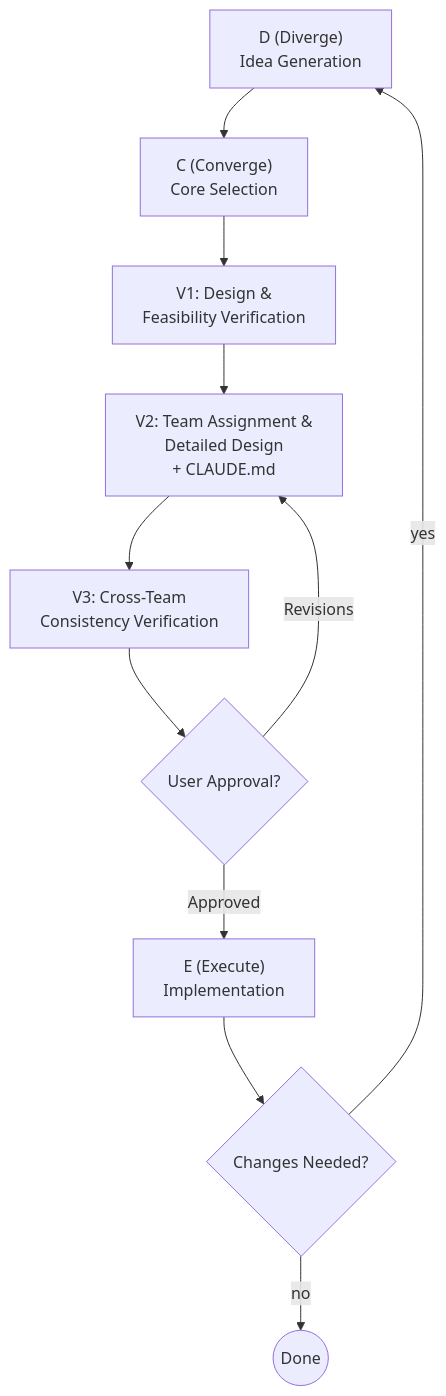
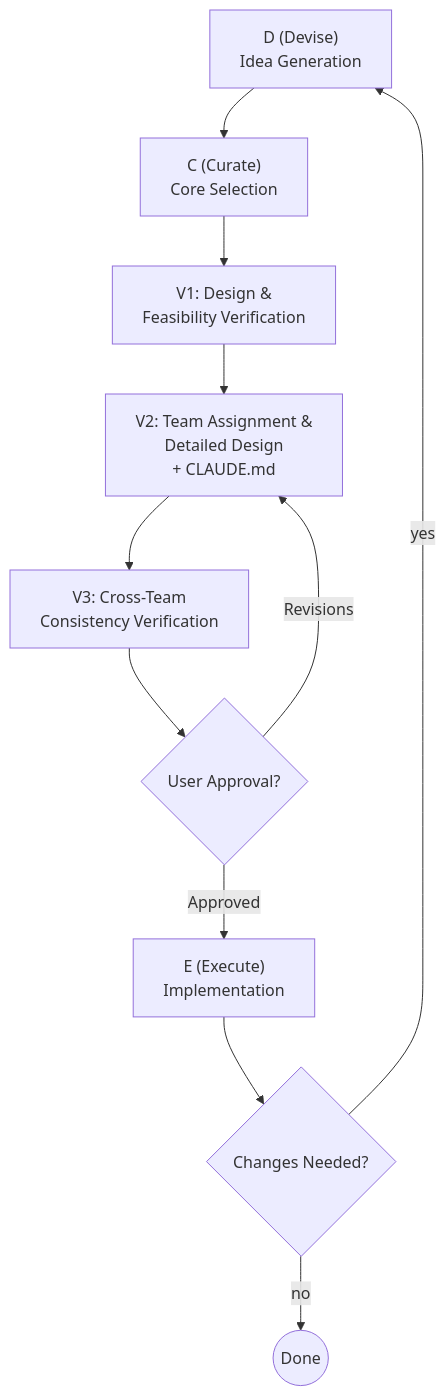
Before and after one commit to factorshin/mosaic: the diagram in skills/dcve/SKILL.md, drawn with Mermaid. The commit also changed other lines of this file and 4 other files, not shown here.

````diff
--- a/skills/dcve/SKILL.md
+++ b/skills/dcve/SKILL.md
@@ -30,23 +30,23 @@
 ```mermaid
 flowchart TB
-    D["D (Diverge)\nIdea Generation"]
-    C["C (Converge)\nCore Selection"]
+    D["D (Devise)\nIdea Generation"]
+    C["C (Curate)\nCore Selection"]
     V1["V1: Design &\nFeasibility Verification"]
     V2["V2: Team Assignment &\nDetailed Design\n+ CLAUDE.md"]
     V3["V3: Cross-Team\nConsistency Verification"]
     E["E (Execute)\nImplementation"]
     approval{"User Approval?"}
     change{"Changes Needed?"}
     done(("Done"))
 
     D --> C
     C --> V1
     V1 --> V2
     V2 --> V3
     V3 --> approval
     approval -- Revisions --> V2
     approval -- Approved --> E
     E --> change
     change -- yes --> D
     change -- no --> done
 ```
````
